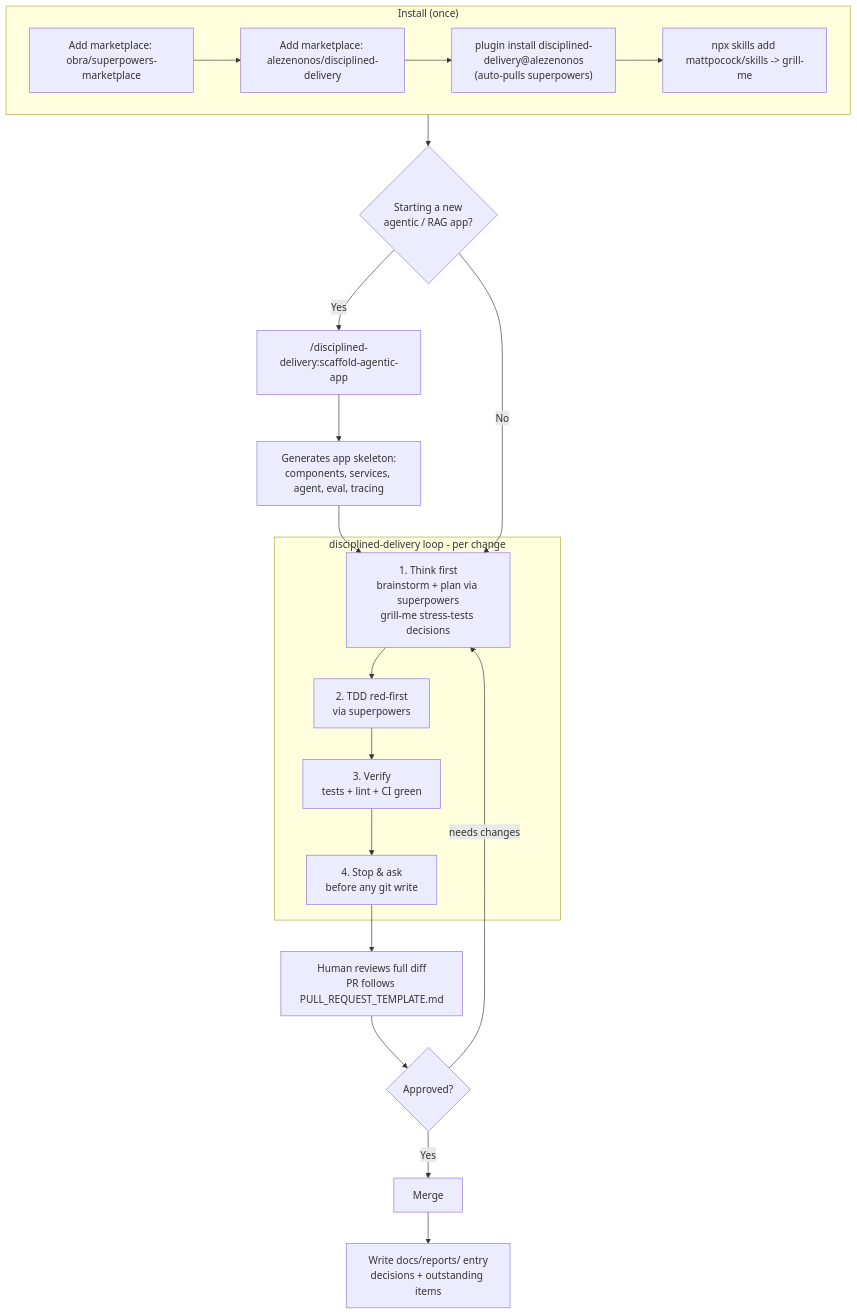
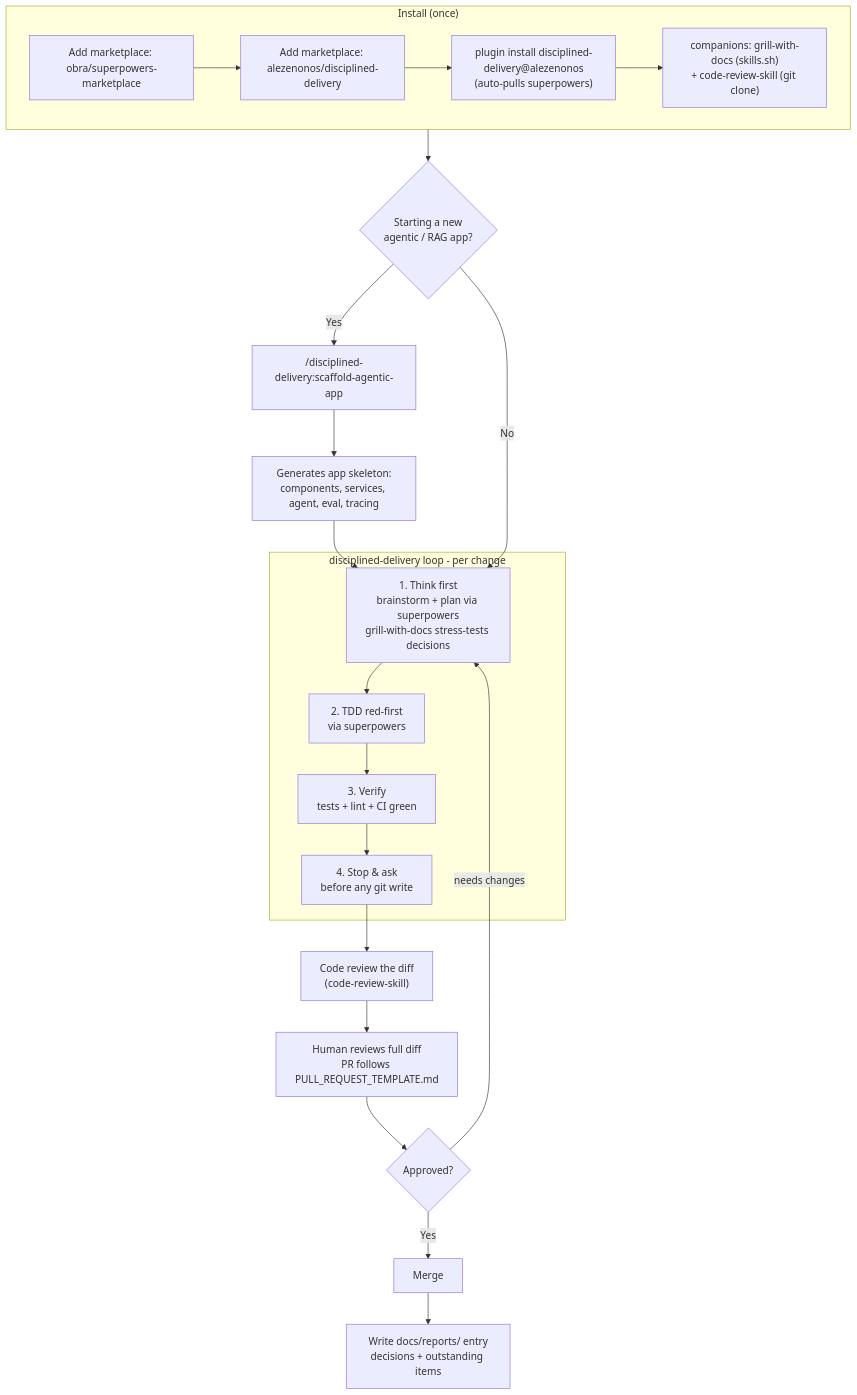
Before and after one commit to alezenonos/disciplined-delivery: the diagram in README.md, drawn with Mermaid. The commit also changed other lines of this file and 3 other files, not shown here.

First line of the commit message:
feat: add code-review-skill gate, swap grill-me for grill-with-docs, tighten skills

````diff
--- a/README.md
+++ b/README.md
@@ -18,26 +18,27 @@
 ```mermaid
 flowchart TD
     subgraph install["Install (once)"]
       A1["Add marketplace: obra/superpowers-marketplace"] --> A2["Add marketplace: alezenonos/disciplined-delivery"]
       A2 --> A3["plugin install disciplined-delivery@alezenonos<br/>(auto-pulls superpowers)"]
-      A3 --> A4["npx skills add mattpocock/skills -&gt; grill-me"]
+      A3 --> A4["companions: grill-with-docs (skills.sh)<br/>+ code-review-skill (git clone)"]
     end
 
     install --> B{"Starting a new<br/>agentic / RAG app?"}
     B -- Yes --> C["/disciplined-delivery:scaffold-agentic-app"]
     C --> C1["Generates app skeleton:<br/>components, services, agent, eval, tracing"]
     C1 --> D
     B -- No --> D
 
     subgraph loop["disciplined-delivery loop - per change"]
-      D["1. Think first<br/>brainstorm + plan via superpowers<br/>grill-me stress-tests decisions"] --> E["2. TDD red-first<br/>via superpowers"]
+      D["1. Think first<br/>brainstorm + plan via superpowers<br/>grill-with-docs stress-tests decisions"] --> E["2. TDD red-first<br/>via superpowers"]
       E --> F["3. Verify<br/>tests + lint + CI green"]
       F --> G["4. Stop & ask<br/>before any git write"]
     end
 
-    G --> H["Human reviews full diff<br/>PR follows PULL_REQUEST_TEMPLATE.md"]
+    G --> R["Code review the diff<br/>(code-review-skill)"]
+    R --> H["Human reviews full diff<br/>PR follows PULL_REQUEST_TEMPLATE.md"]
     H --> I{"Approved?"}
     I -- "needs changes" --> D
     I -- Yes --> J["Merge"]
     J --> K["Write docs/reports/ entry<br/>decisions + outstanding items"]
 ```
````
